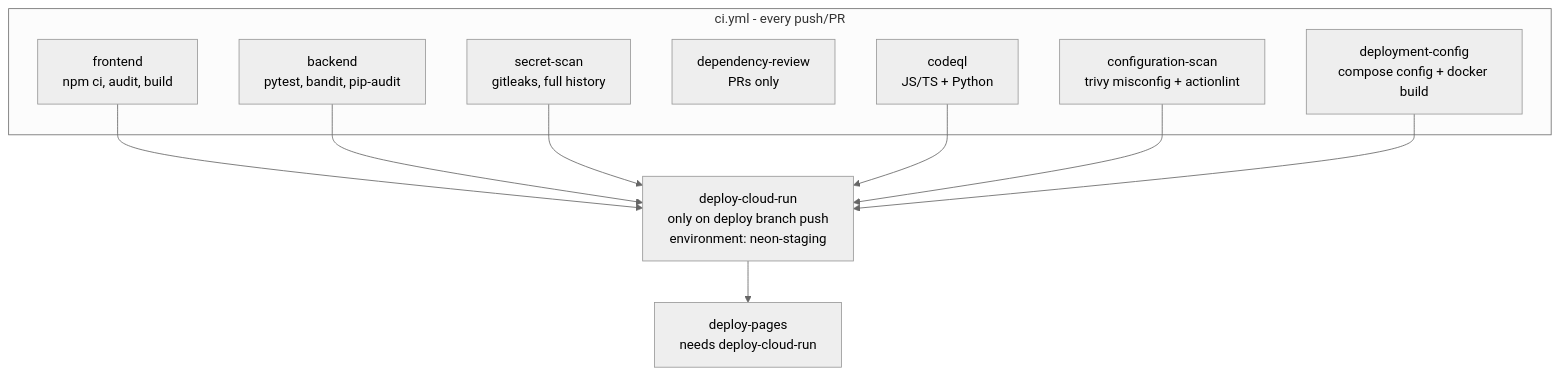
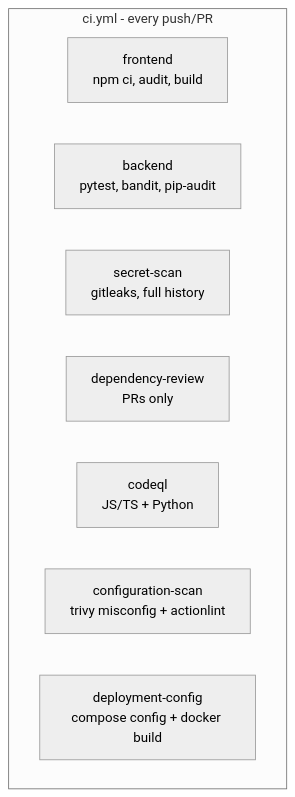
Before and after one commit to VanshGoel-001/InfyExchange: the diagram in wiki/CI-CD-and-Deployment.md, drawn with Mermaid (neutral theme). The commit also changed other lines of this file and 3 other files, not shown here.

````diff
--- a/wiki/CI-CD-and-Deployment.md
+++ b/wiki/CI-CD-and-Deployment.md
@@ -17,14 +17,12 @@
 ```mermaid
 flowchart TD
     subgraph CI[ci.yml - every push/PR]
       F[frontend<br/>npm ci, audit, build]
       Bk[backend<br/>pytest, bandit, pip-audit]
       S[secret-scan<br/>gitleaks, full history]
       D[dependency-review<br/>PRs only]
       Q[codeql<br/>JS/TS + Python]
       Cf[configuration-scan<br/>trivy misconfig + actionlint]
       Dc[deployment-config<br/>compose config + docker build]
     end
-    F & Bk & S & Q & Cf & Dc --> DR
-    DR[deploy-cloud-run<br/>only on deploy branch push<br/>environment: neon-staging] --> DP[deploy-pages<br/>needs deploy-cloud-run]
 ```
````
